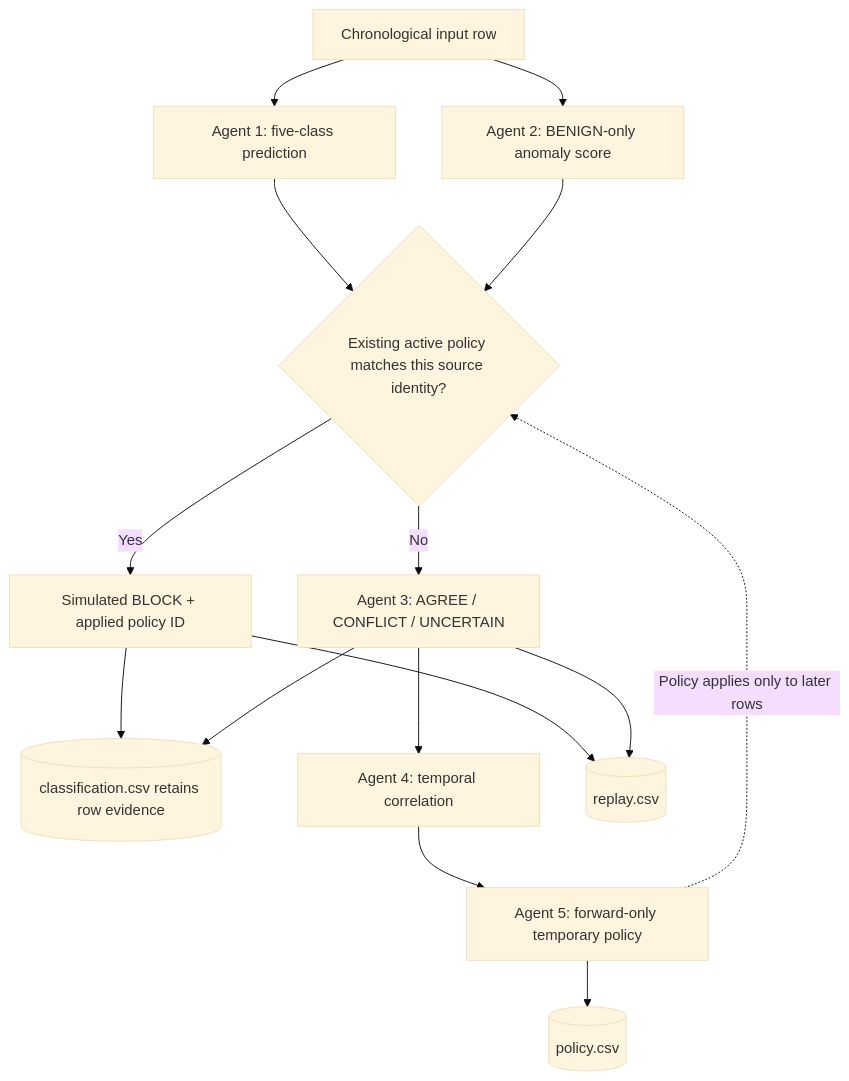
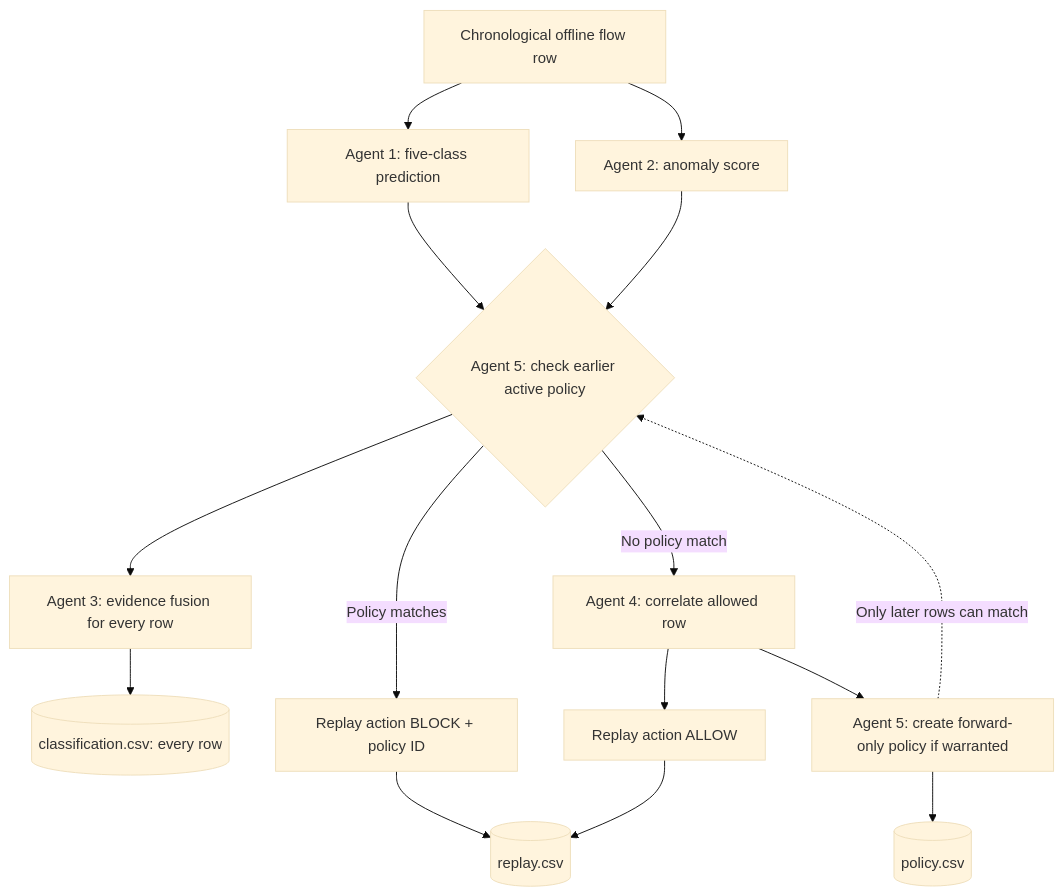
Before and after one commit to Aarush-JIIT-2030/jai: the diagram in docs/level2-brief.md, drawn with Mermaid (base theme).

Commit message:
docs: clarify per-record policy gate and fusion semantics

````diff
--- a/docs/level2-brief.md
+++ b/docs/level2-brief.md
@@ -7,17 +7,17 @@
 ```mermaid
 flowchart TD
-    F[Chronological input row] --> A1[Agent 1: five-class prediction]
-    F --> A2[Agent 2: BENIGN-only anomaly score]
-    A1 --> PF{Existing active policy matches this source identity?}
-    A2 --> PF
-    PF -->|Yes| BLK[Simulated BLOCK + applied policy ID]
-    PF -->|No| A3[Agent 3: AGREE / CONFLICT / UNCERTAIN]
-    BLK --> CLASS[(classification.csv retains row evidence)]
-    A3 --> CLASS
-    A3 --> A4[Agent 4: temporal correlation]
-    A4 --> A5[Agent 5: forward-only temporary policy]
-    A5 --> POLICY[(policy.csv)]
-    BLK --> REPLAY[(replay.csv)]
-    A3 --> REPLAY
-    A5 -.->|Policy applies only to later rows| PF
+    A[Chronological offline flow row] --> D1[Agent 1: five-class prediction]
+    A --> D2[Agent 2: anomaly score]
+    D1 --> PF{Agent 5: check earlier active policy}
+    D2 --> PF
+    PF --> F3[Agent 3: evidence fusion for every row]
+    F3 --> CLASS[(classification.csv: every row)]
+    PF -->|Policy matches| B[Replay action BLOCK + policy ID]
+    PF -->|No policy match| C4[Agent 4: correlate allowed row]
+    C4 --> R5[Agent 5: create forward-only policy if warranted]
+    R5 --> POLICY[(policy.csv)]
+    B --> REPLAY[(replay.csv)]
+    C4 --> ALLOW[Replay action ALLOW]
+    ALLOW --> REPLAY
+    R5 -.->|Only later rows can match| PF
 ```
````
